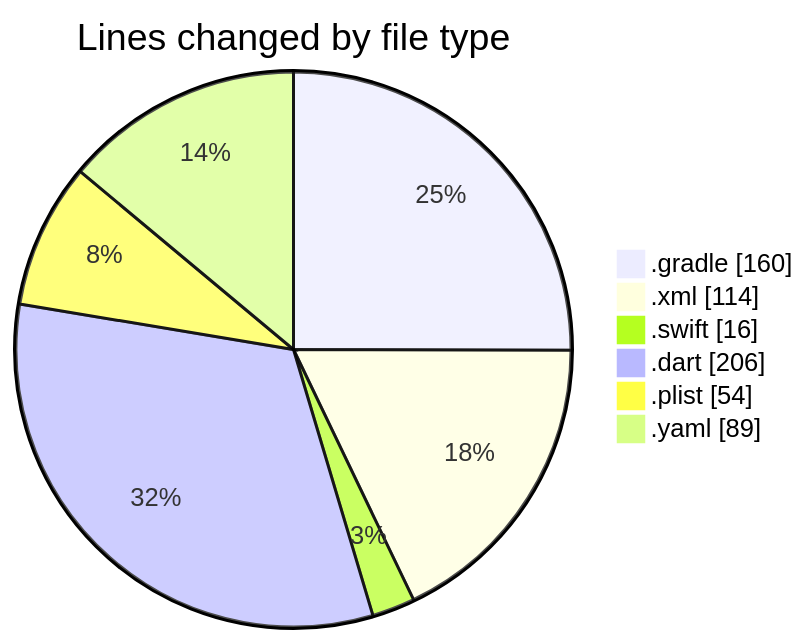
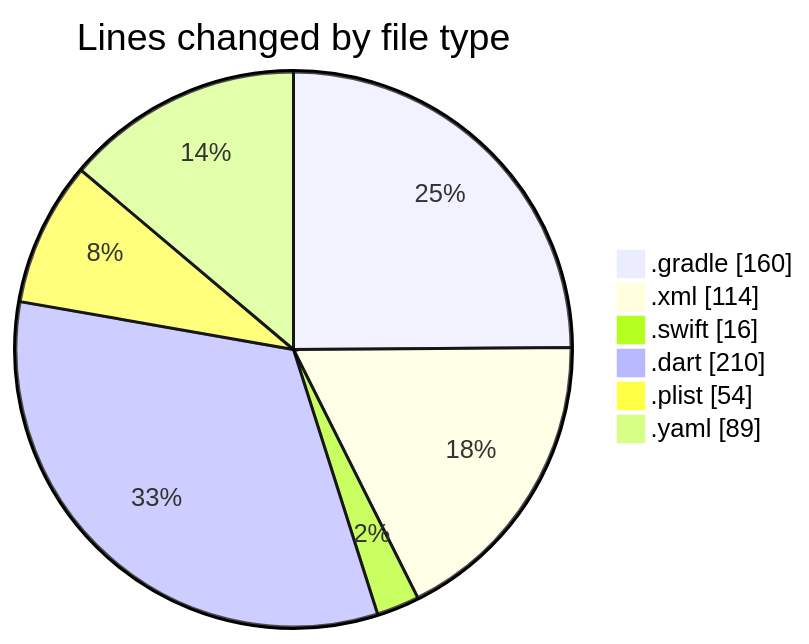
Before and after one commit to donsfak/code-tracking: the first of 2 diagrams in 2025-01-01/uber_clone/README.md, drawn with Mermaid. The commit also changed other lines of this file and 1 other file, not shown here.

````diff
--- a/2025-01-01/uber_clone/README.md
+++ b/2025-01-01/uber_clone/README.md
@@ -28,10 +28,10 @@
 ```mermaid
 pie showData
 title Lines changed by file type
 ".gradle" : 160
 ".xml" : 114
 ".swift" : 16
-".dart" : 206
+".dart" : 210
 ".plist" : 54
 ".yaml" : 89
 ```
````
